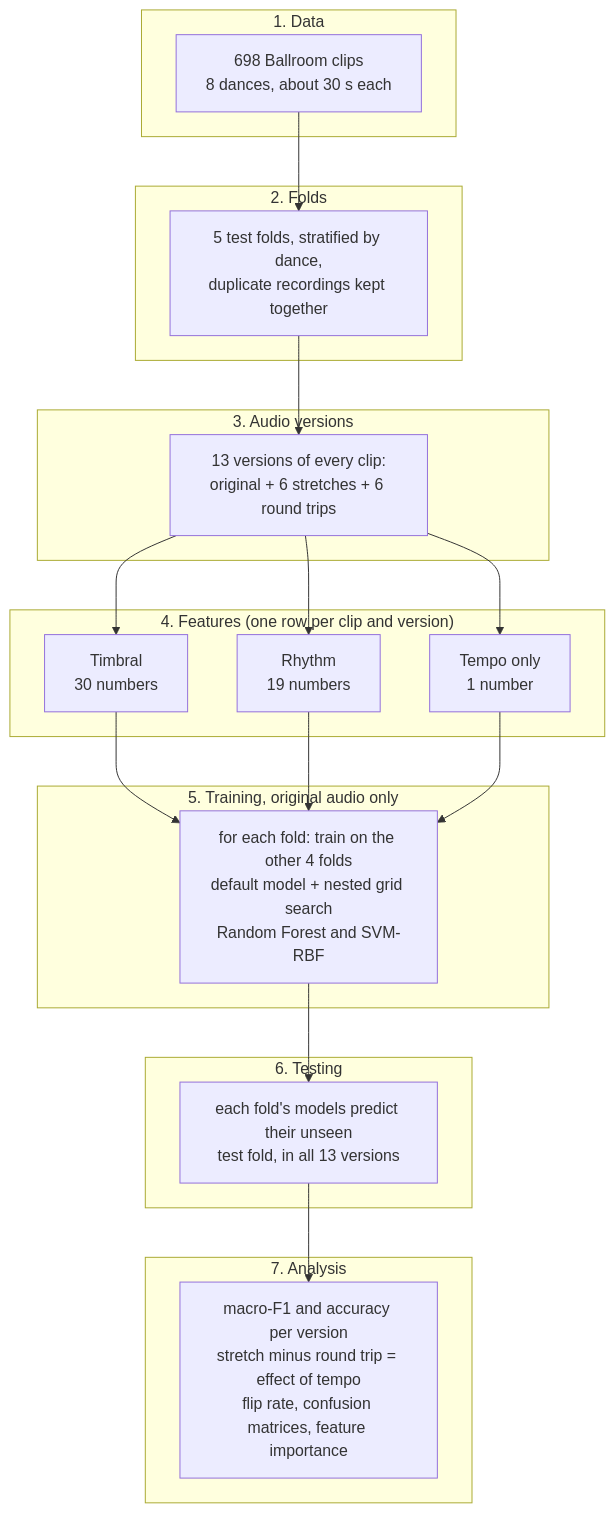
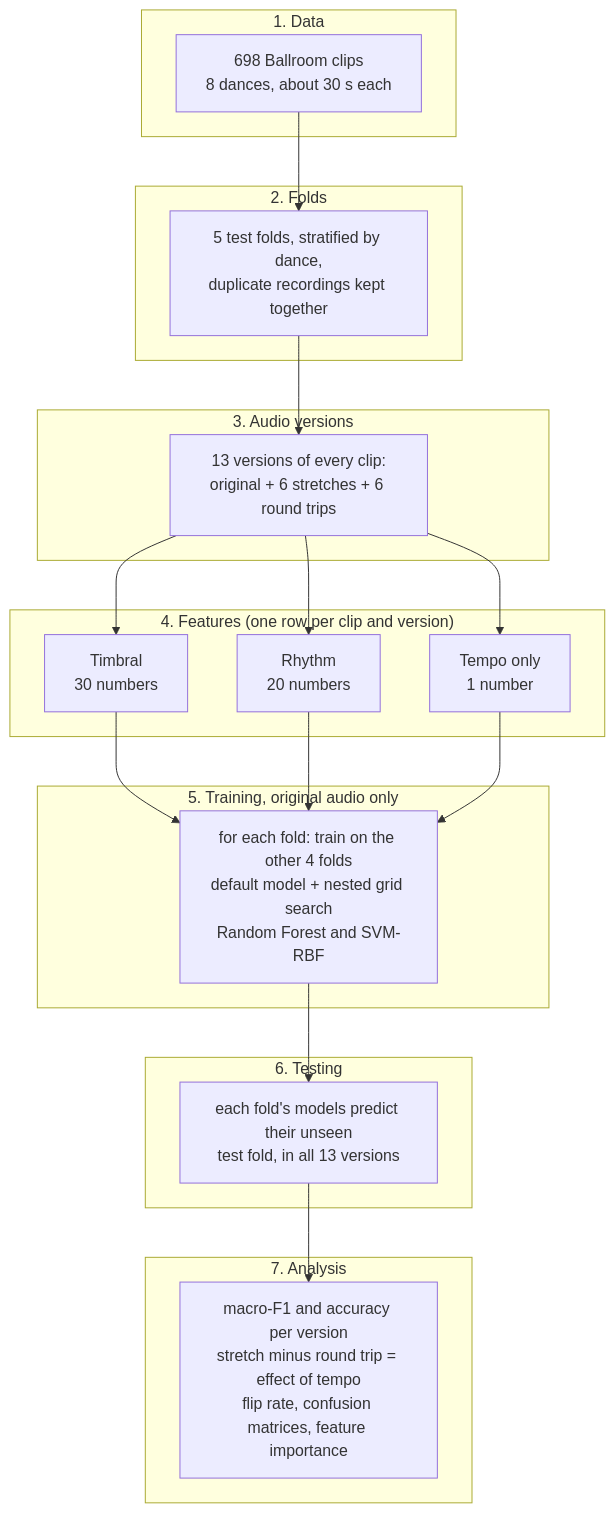
The diagram in README.md (parnianrazavipour/music-informatics-project), drawn with Mermaid before and after one commit. The commit also changed other lines of this file and 219 other files, not shown here.

````diff
--- a/README.md
+++ b/README.md
@@ -91,27 +94,27 @@
 ```mermaid
 flowchart TD
     subgraph S1["1. Data"]
         A["698 Ballroom clips<br/>8 dances, about 30 s each"]
     end
     subgraph S2["2. Folds"]
         B["5 test folds, stratified by dance,<br/>duplicate recordings kept together"]
     end
     subgraph S3["3. Audio versions"]
         V["13 versions of every clip:<br/>original + 6 stretches + 6 round trips"]
     end
     subgraph S4["4. Features (one row per clip and version)"]
         C1["Timbral<br/>30 numbers"]
-        C2["Rhythm<br/>19 numbers"]
+        C2["Rhythm<br/>20 numbers"]
         C3["Tempo only<br/>1 number"]
     end
     subgraph S5["5. Training, original audio only"]
         D["for each fold: train on the other 4 folds<br/>default model + nested grid search<br/>Random Forest and SVM-RBF"]
     end
     subgraph S6["6. Testing"]
         E["each fold's models predict their unseen<br/>test fold, in all 13 versions"]
     end
     subgraph S7["7. Analysis"]
         F["macro-F1 and accuracy per version<br/>stretch minus round trip = effect of tempo<br/>flip rate, confusion matrices, feature importance"]
     end
     A --> B --> V --> C1 & C2 & C3 --> D --> E --> F
 ```
````
